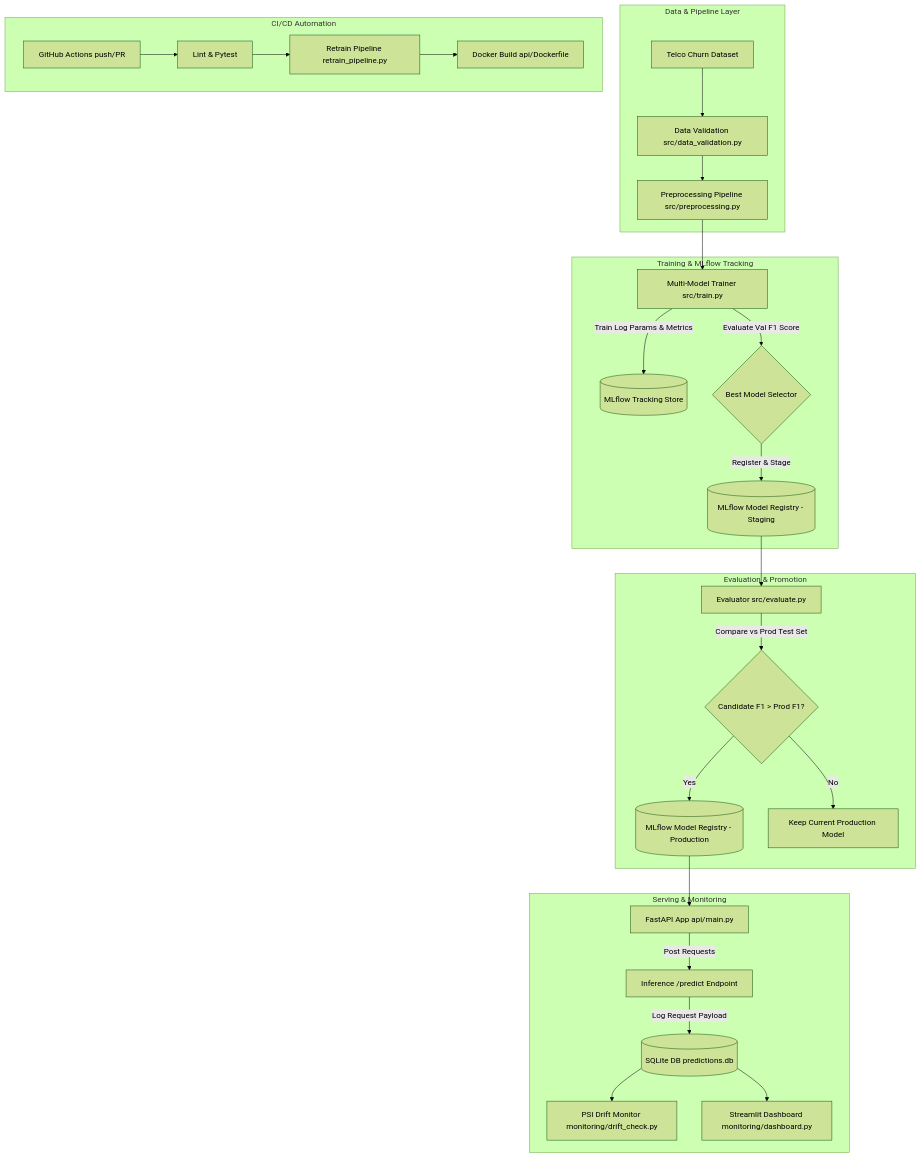
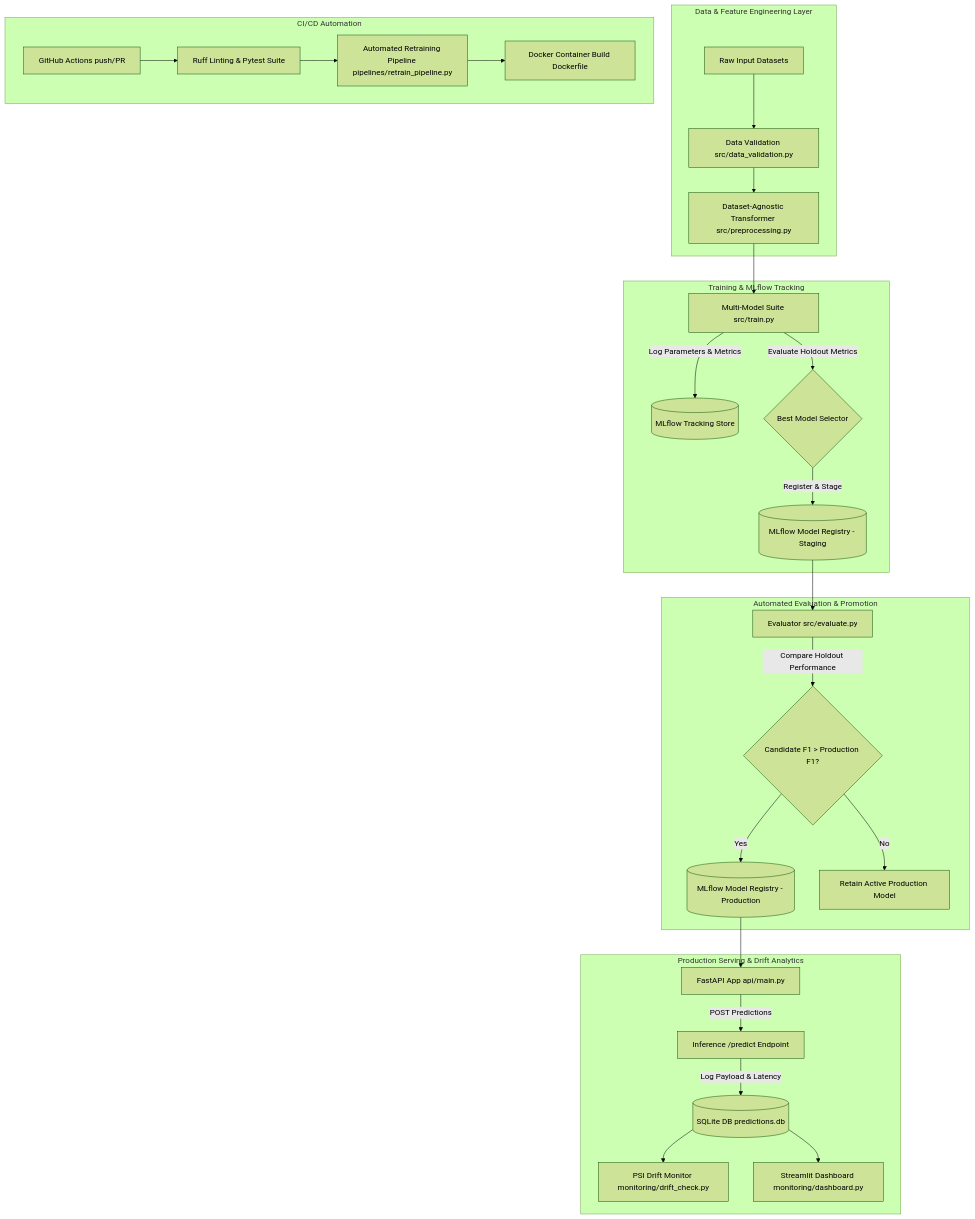
The diagram in README.md (bishtprateek270-hue/churnops), drawn with Mermaid (forest theme) before and after one commit. The commit also changed other lines of this file, not shown here.

Commit message:
docs(readme): rewrite README with Shields.io badges, architecture diagrams, performance benchmarks, and live Render endpoints

````diff
--- a/README.md
+++ b/README.md
@@ -19,35 +41,35 @@
 ```mermaid
 flowchart TD
-    subgraph Data & Pipeline Layer
-        A[Telco Churn Dataset] --> B[Data Validation src/data_validation.py]
-        B --> C[Preprocessing Pipeline src/preprocessing.py]
+    subgraph Data & Feature Engineering Layer
+        A[Raw Input Datasets] --> B[Data Validation src/data_validation.py]
+        B --> C[Dataset-Agnostic Transformer src/preprocessing.py]
     end
 
     subgraph Training & MLflow Tracking
-        C --> D[Multi-Model Trainer src/train.py]
-        D -->|Train Log Params & Metrics| E[(MLflow Tracking Store)]
-        D -->|Evaluate Val F1 Score| F{Best Model Selector}
+        C --> D[Multi-Model Suite src/train.py]
+        D -->|Log Parameters & Metrics| E[(MLflow Tracking Store)]
+        D -->|Evaluate Holdout Metrics| F{Best Model Selector}
         F -->|Register & Stage| G[(MLflow Model Registry - Staging)]
     end
 
-    subgraph Evaluation & Promotion
+    subgraph Automated Evaluation & Promotion
         G --> H[Evaluator src/evaluate.py]
-        H -->|Compare vs Prod Test Set| I{Candidate F1 > Prod F1?}
+        H -->|Compare Holdout Performance| I{Candidate F1 > Production F1?}
         I -->|Yes| J[(MLflow Model Registry - Production)]
-        I -->|No| K[Keep Current Production Model]
+        I -->|No| K[Retain Active Production Model]
     end
 
-    subgraph Serving & Monitoring
+    subgraph Production Serving & Drift Analytics
         J --> L[FastAPI App api/main.py]
-        L -->|Post Requests| M[Inference /predict Endpoint]
-        M -->|Log Request Payload| N[(SQLite DB predictions.db)]
+        L -->|POST Predictions| M[Inference /predict Endpoint]
+        M -->|Log Payload & Latency| N[(SQLite DB predictions.db)]
         N --> O[PSI Drift Monitor monitoring/drift_check.py]
         N --> P[Streamlit Dashboard monitoring/dashboard.py]
     end
 
     subgraph CI/CD Automation
-        Q[GitHub Actions push/PR] --> R[Lint & Pytest]
-        R --> S[Retrain Pipeline retrain_pipeline.py]
-        S --> T[Docker Build api/Dockerfile]
+        Q[GitHub Actions push/PR] --> R[Ruff Linting & Pytest Suite]
+        R --> S[Automated Retraining Pipeline pipelines/retrain_pipeline.py]
+        S --> T[Docker Container Build Dockerfile]
     end
 ```
````
